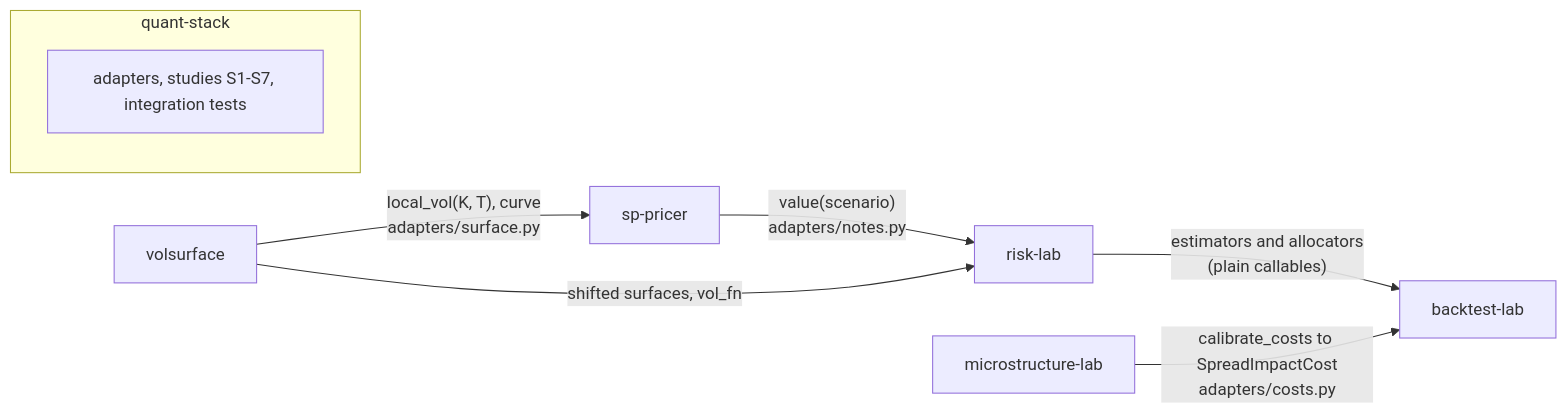
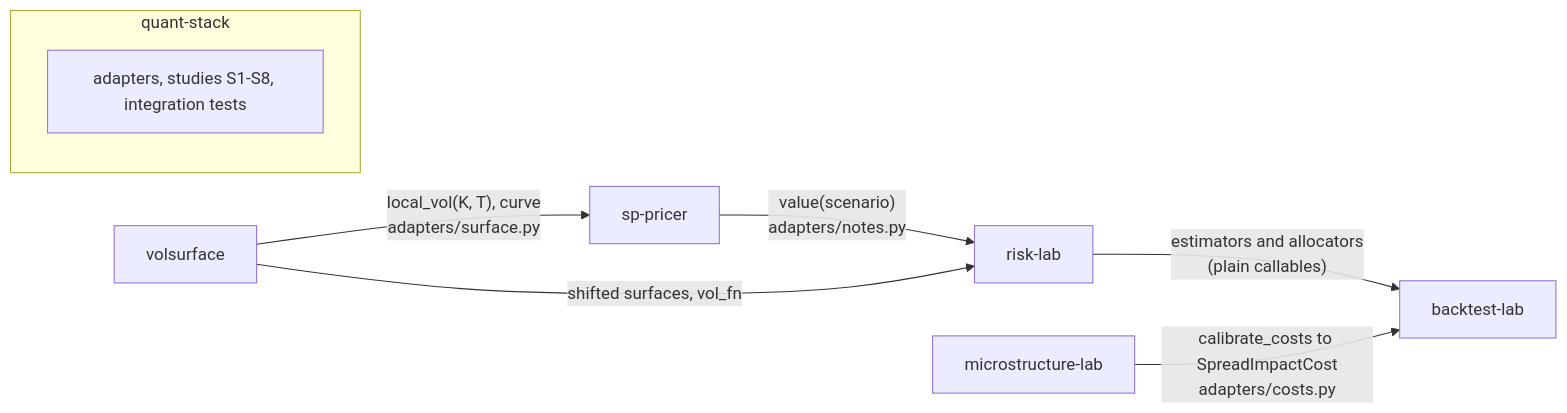
Before and after one commit to hossainyousuf751/quant-stack: the diagram in README.md, drawn with Mermaid. The commit also changed other lines of this file and 8 other files, not shown here.

````diff
--- a/README.md
+++ b/README.md
@@ -20,11 +20,11 @@
 ```mermaid
 flowchart LR
     VS[volsurface] -->|"local_vol(K, T), curve<br/>adapters/surface.py"| SP[sp-pricer]
     SP -->|"value(scenario)<br/>adapters/notes.py"| RL[risk-lab]
     VS -->|"shifted surfaces, vol_fn"| RL
     RL -->|"estimators and allocators<br/>(plain callables)"| BT[backtest-lab]
     MS[microstructure-lab] -->|"calibrate_costs to SpreadImpactCost<br/>adapters/costs.py"| BT
     subgraph quant-stack
-      A[adapters, studies S1-S7, integration tests]
+      A[adapters, studies S1-S8, integration tests]
     end
 ```
````
